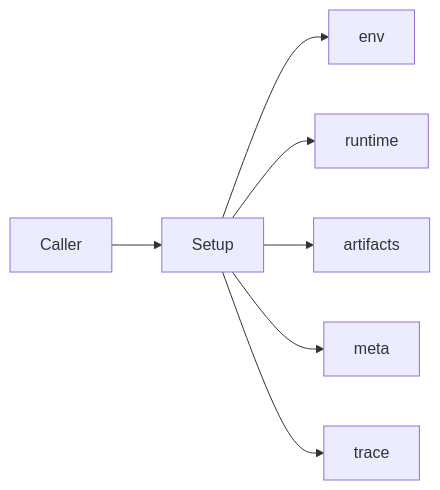
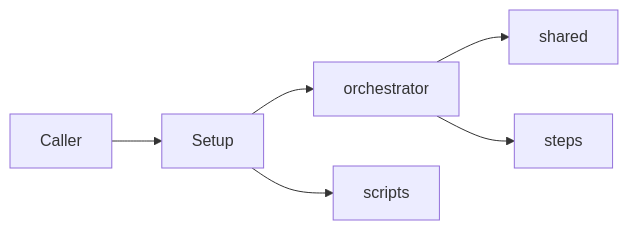
Before and after one commit to garnet1985/new-tea-quant: the diagram in core/infra/setup/docs/ARCHITECTURE.md, drawn with Mermaid. The commit also changed other lines of this file and 58 other files, not shown here.

````diff
--- a/core/infra/setup/docs/ARCHITECTURE.md
+++ b/core/infra/setup/docs/ARCHITECTURE.md
@@ -34,9 +38,8 @@
 ```mermaid
 flowchart LR
   Caller --> Setup
-  Setup --> Env[env]
-  Setup --> Runtime[runtime]
-  Setup --> Artifacts[artifacts]
-  Setup --> Meta[meta]
-  Setup --> Trace[trace]
+  Setup --> Orch[orchestrator]
+  Orch --> Shared[shared]
+  Orch --> Steps[steps]
+  Setup --> Artifacts[scripts]
 ```
````
